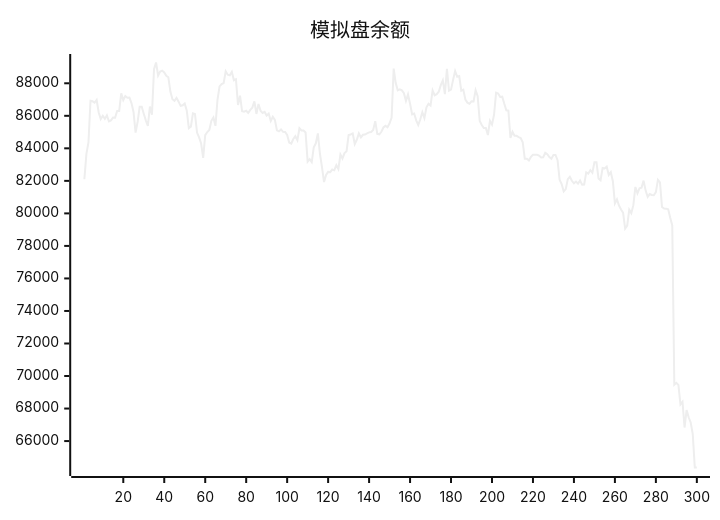
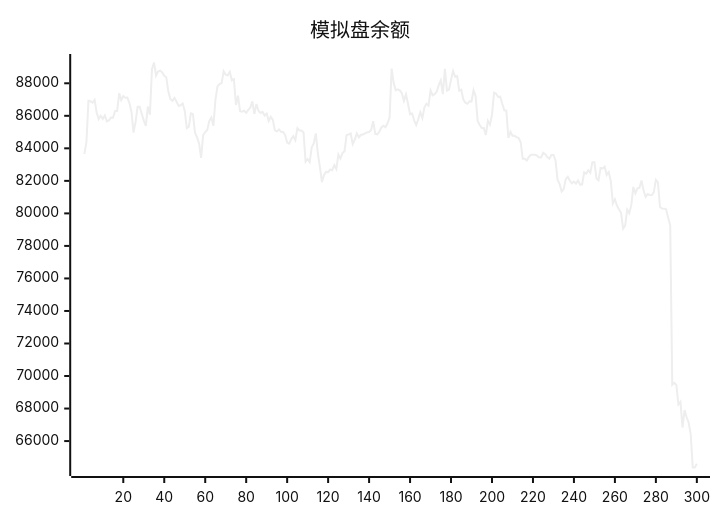
One commit to aahl/ai-trading changed the diagram in README.md. Above: the diagram before and after it, drawn with Mermaid (neutral theme). The commit also changed other lines of this file and 1 other file, not shown here.

````diff
--- a/README.md
+++ b/README.md
@@ -5,5 +5,5 @@
 ```mermaid
 xychart
     title "模拟盘余额"
-    line [82099,83658,84359,86925,86892,86814,86980,86203,85802,86003,85811,86028,85657,85721,85896,85880,86300,86299,87378,86965,87214,87115,87118,86780,86238,84966,85623,86555,86562,86129,85722,85387,86569,86070,88870,89278,88477,88720,88781,88668,88467,88372,87493,87018,86917,87102,86870,86613,86644,86758,86317,85242,85334,86149,86106,84968,84671,84302,83410,84816,85001,85127,85693,85891,85384,87001,87811,87945,88007,88734,88528,88495,88705,88189,88248,86662,87234,86279,86251,86314,86177,86364,86503,86886,86114,86731,86310,86176,86240,86017,86136,85685,85938,85749,85111,85044,85164,85016,85008,84824,84354,84287,84572,84745,84500,85234,85096,85095,84970,83180,83338,83157,84070,84309,84922,83667,82850,81924,82369,82552,82539,82695,82648,82962,82728,83619,83378,83710,83825,84819,84854,84917,84265,84527,84919,84668,84834,84850,84916,84981,85004,85131,85674,84891,84864,85019,85284,85393,85294,85538,85894,88904,88012,87567,87625,87568,87386,86920,87313,86737,86094,86143,85725,85437,85787,86219,85859,86526,86740,86630,87563,87264,87335,87483,87886,88180,87335,88894,87544,87608,88207,88755,88401,88444,87543,87608,87000,86810,86740,86894,86884,87576,87209,85686,85435,85251,85255,84820,85689,85453,86066,87420,87373,87161,87178,86740,86341,86315,84643,85012,84772,84768,84690,84635,84376,83360,83357,83259,83474,83608,83606,83602,83548,83440,83454,83724,83644,83464,83365,83590,83592,83275,82072,81806,81344,81492,82109,82254,82006,81848,81955,81829,82022,81769,81776,82522,82441,82656,82498,83144,83144,82150,82038,82797,82763,82872,82367,82536,81981,80612,80862,80484,80242,80034,79063,79245,80226,80016,80507,81625,81233,81544,81578,82016,81401,81019,81186,81130,81118,81306,82066,81909,80392,80304,80291,80258,79729,79261,69466,69579,69456,68251,68415,66832,67911,67462,67144,66432,64380,64375]
+    line [83658,84359,86925,86892,86814,86980,86203,85802,86003,85811,86028,85657,85721,85896,85880,86300,86299,87378,86965,87214,87115,87118,86780,86238,84966,85623,86555,86562,86129,85722,85387,86569,86070,88870,89278,88477,88720,88781,88668,88467,88372,87493,87018,86917,87102,86870,86613,86644,86758,86317,85242,85334,86149,86106,84968,84671,84302,83410,84816,85001,85127,85693,85891,85384,87001,87811,87945,88007,88734,88528,88495,88705,88189,88248,86662,87234,86279,86251,86314,86177,86364,86503,86886,86114,86731,86310,86176,86240,86017,86136,85685,85938,85749,85111,85044,85164,85016,85008,84824,84354,84287,84572,84745,84500,85234,85096,85095,84970,83180,83338,83157,84070,84309,84922,83667,82850,81924,82369,82552,82539,82695,82648,82962,82728,83619,83378,83710,83825,84819,84854,84917,84265,84527,84919,84668,84834,84850,84916,84981,85004,85131,85674,84891,84864,85019,85284,85393,85294,85538,85894,88904,88012,87567,87625,87568,87386,86920,87313,86737,86094,86143,85725,85437,85787,86219,85859,86526,86740,86630,87563,87264,87335,87483,87886,88180,87335,88894,87544,87608,88207,88755,88401,88444,87543,87608,87000,86810,86740,86894,86884,87576,87209,85686,85435,85251,85255,84820,85689,85453,86066,87420,87373,87161,87178,86740,86341,86315,84643,85012,84772,84768,84690,84635,84376,83360,83357,83259,83474,83608,83606,83602,83548,83440,83454,83724,83644,83464,83365,83590,83592,83275,82072,81806,81344,81492,82109,82254,82006,81848,81955,81829,82022,81769,81776,82522,82441,82656,82498,83144,83144,82150,82038,82797,82763,82872,82367,82536,81981,80612,80862,80484,80242,80034,79063,79245,80226,80016,80507,81625,81233,81544,81578,82016,81401,81019,81186,81130,81118,81306,82066,81909,80392,80304,80291,80258,79729,79261,69466,69579,69456,68251,68415,66832,67911,67462,67144,66432,64380,64375,64606]
 ```
````
